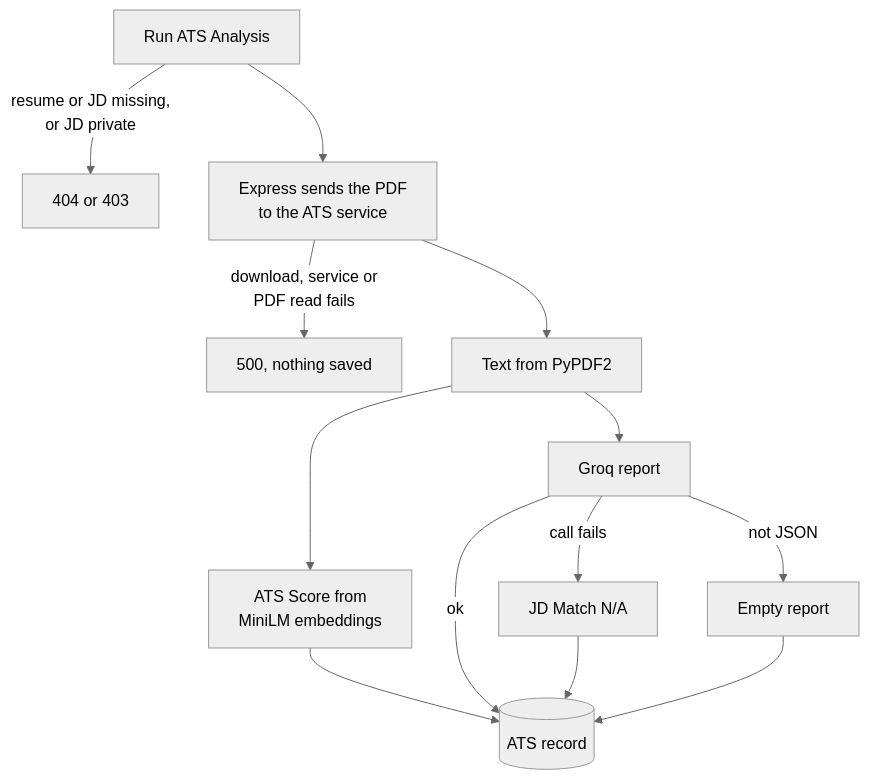
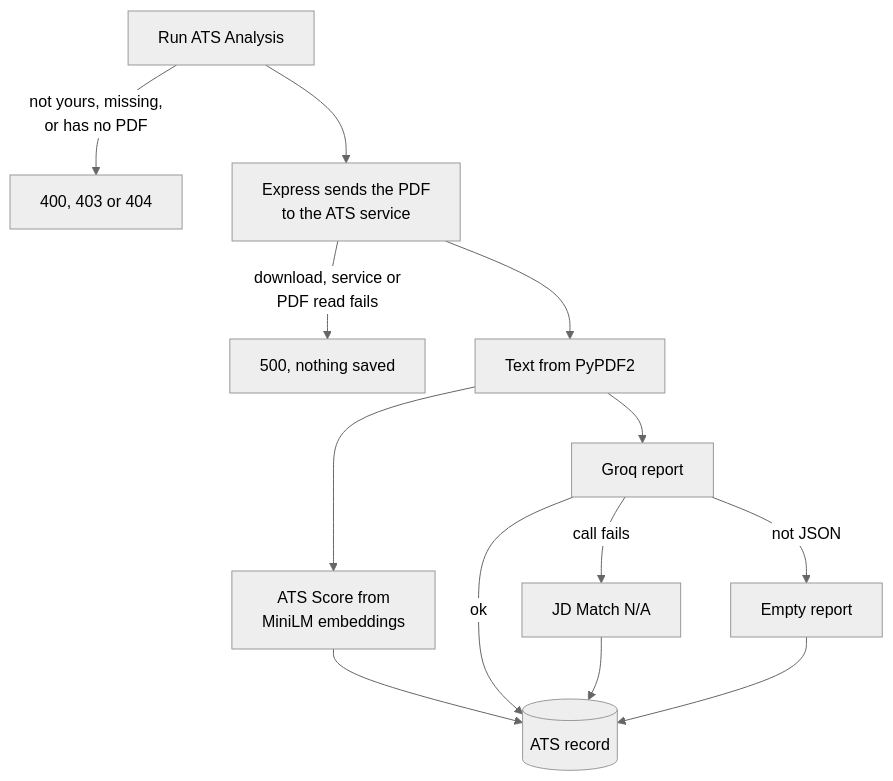
The diagram in docs/resume-and-ats.md (LekhNayak/InterviewMate-AI_Mock_Interview_Platform), drawn with Mermaid (neutral theme) before and after one commit. The commit also changed other lines of this file and 112 other files, not shown here.

````diff
--- a/docs/resume-and-ats.md
+++ b/docs/resume-and-ats.md
@@ -42,16 +44,16 @@
 ```mermaid
 flowchart TB
     run["Run ATS Analysis"]
-    run -->|"resume or JD missing,<br/>or JD private"| err1["404 or 403"]
+    run -->|"not yours, missing,<br/>or has no PDF"| err1["400, 403 or 404"]
     run --> pdf["Express sends the PDF<br/>to the ATS service"]
     pdf -->|"download, service or<br/>PDF read fails"| err2["500, nothing saved"]
     pdf --> text["Text from PyPDF2"]
     text --> emb["ATS Score from<br/>MiniLM embeddings"]
     text --> llm["Groq report"]
     llm -->|"call fails"| na["JD Match N/A"]
     llm -->|"not JSON"| raw["Empty report"]
     emb --> save[("ATS record")]
     llm -->|ok| save
     na --> save
     raw --> save
 ```
````
